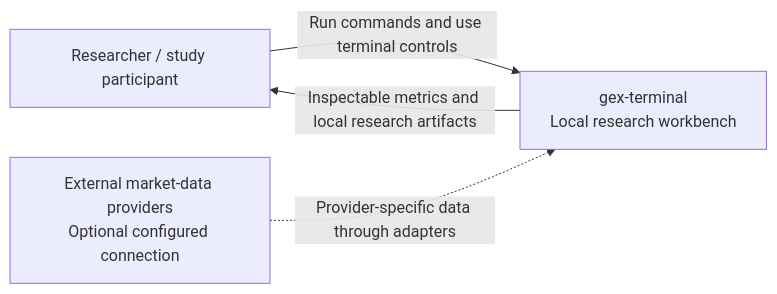
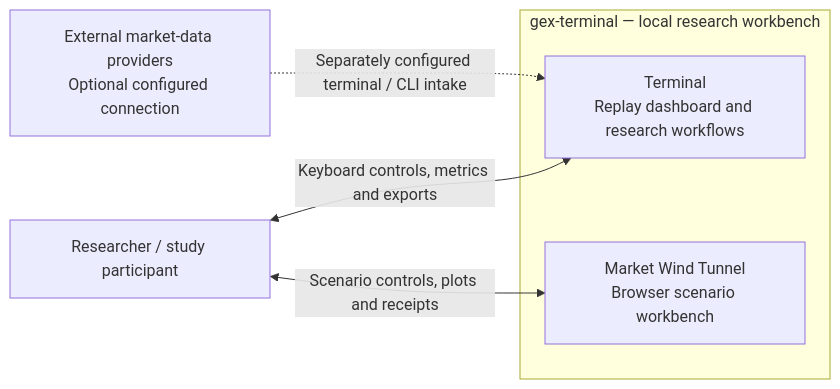
The first of 4 diagrams in docs/architecture.md (zrack/gex-terminal), drawn with Mermaid before and after one commit. The commit also changed other lines of this file and 4 other files, not shown here.

Commit message:
docs: explain Terminal and Wind Tunnel components visually

````diff
--- a/docs/architecture.md
+++ b/docs/architecture.md
@@ -20,9 +31,12 @@
 ```mermaid
 flowchart LR
     researcher["Researcher / study participant"]
-    workbench["gex-terminal<br/>Local research workbench"]
+    subgraph workbench["gex-terminal — local research workbench"]
+        terminal["Terminal<br/>Replay dashboard and research workflows"]
+        wind["Market Wind Tunnel<br/>Browser scenario workbench"]
+    end
     providers["External market-data providers<br/>Optional configured connection"]
-    researcher -->|Run commands and use terminal controls| workbench
-    workbench -->|Inspectable metrics and local research artifacts| researcher
-    providers -.->|Provider-specific data through adapters| workbench
+    researcher <-->|Keyboard controls, metrics and exports| terminal
+    researcher <-->|Scenario controls, plots and receipts| wind
+    providers -.->|Separately configured terminal / CLI intake| terminal
 ```
````
